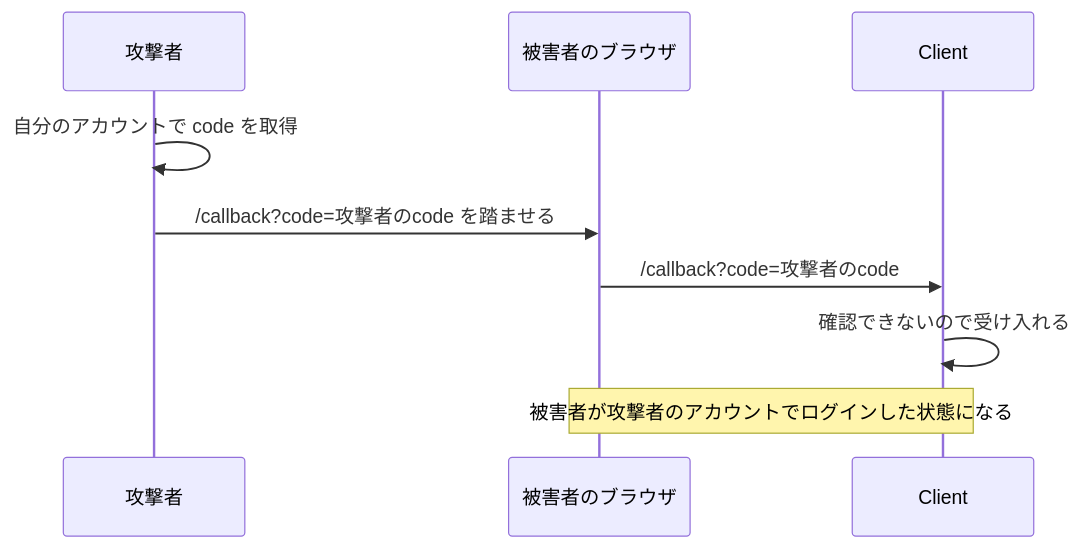
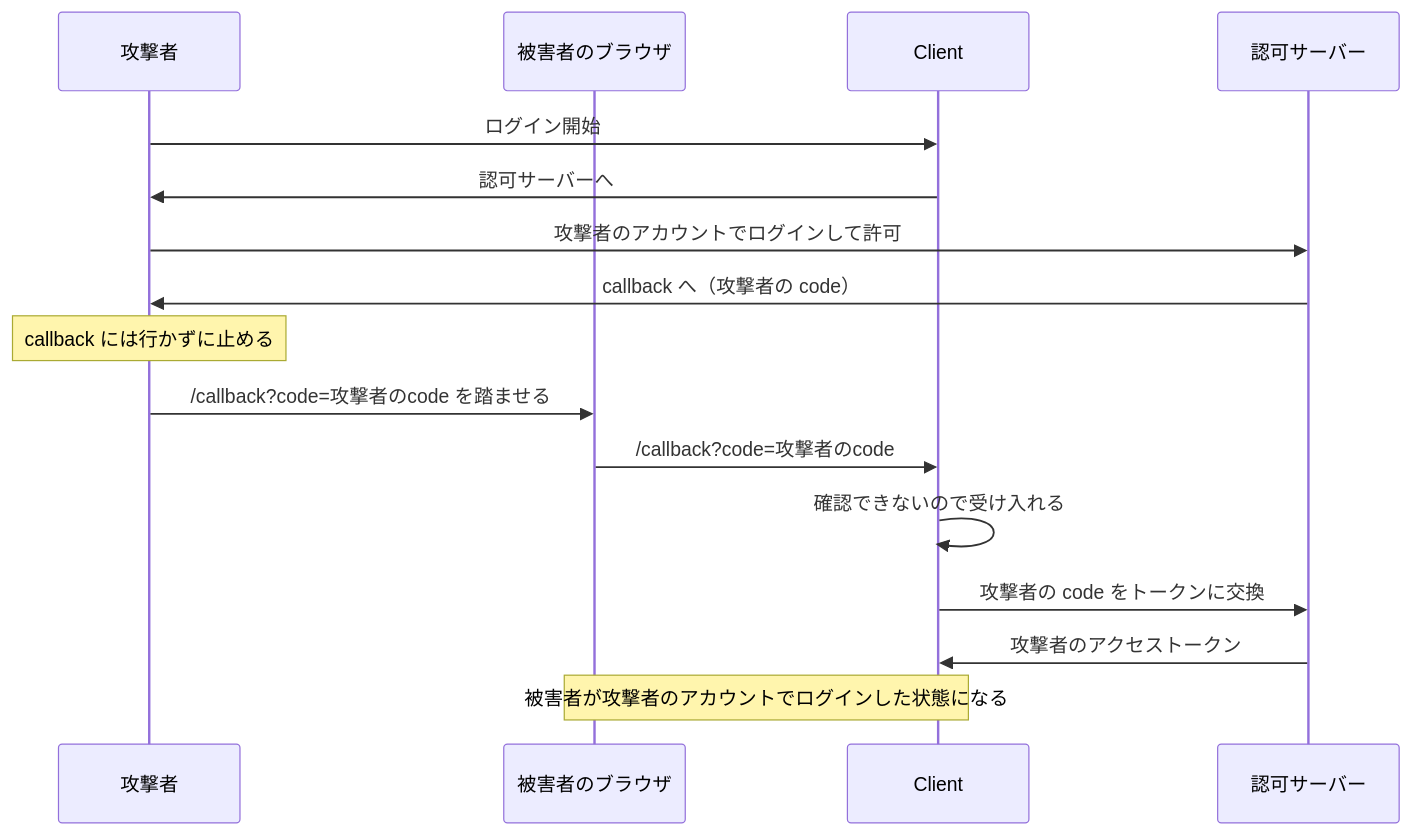
Before and after one commit to newbee1939/til: the second of 3 diagrams in 2026/11/09.md, drawn with Mermaid. The commit also changed other lines of this file, not shown here.

````diff
--- a/2026/11/09.md
+++ b/2026/11/09.md
@@ -36,12 +38,19 @@
 ```mermaid
 sequenceDiagram
     participant A as 攻撃者
     participant V as 被害者のブラウザ
     participant C as Client
+    participant AS as 認可サーバー
 
-    A->>A: 自分のアカウントで code を取得
+    A->>C: ログイン開始
+    C->>A: 認可サーバーへ
+    A->>AS: 攻撃者のアカウントでログインして許可
+    AS->>A: callback へ（攻撃者の code）
+    Note over A: callback には行かずに止める
     A->>V: /callback?code=攻撃者のcode を踏ませる
     V->>C: /callback?code=攻撃者のcode
     C->>C: 確認できないので受け入れる
+    C->>AS: 攻撃者の code をトークンに交換
+    AS->>C: 攻撃者のアクセストークン
     Note over V,C: 被害者が攻撃者のアカウントでログインした状態になる
 ```
````
